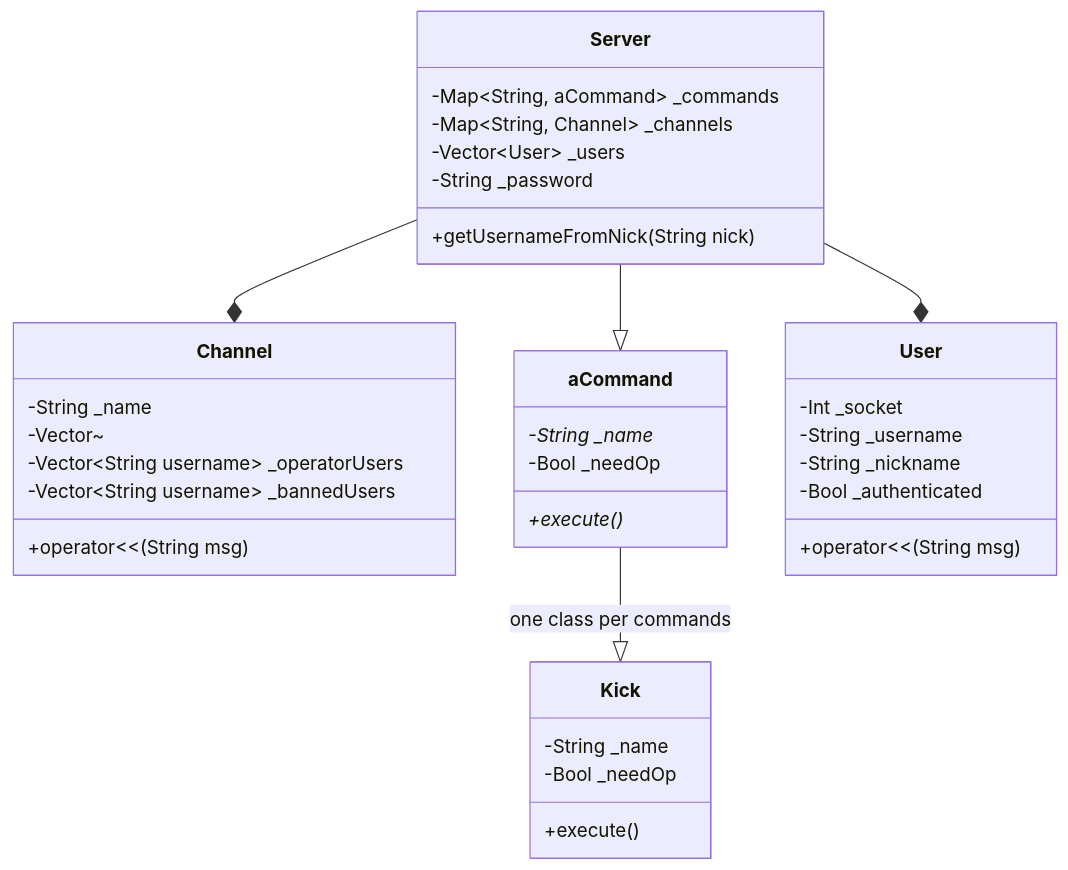
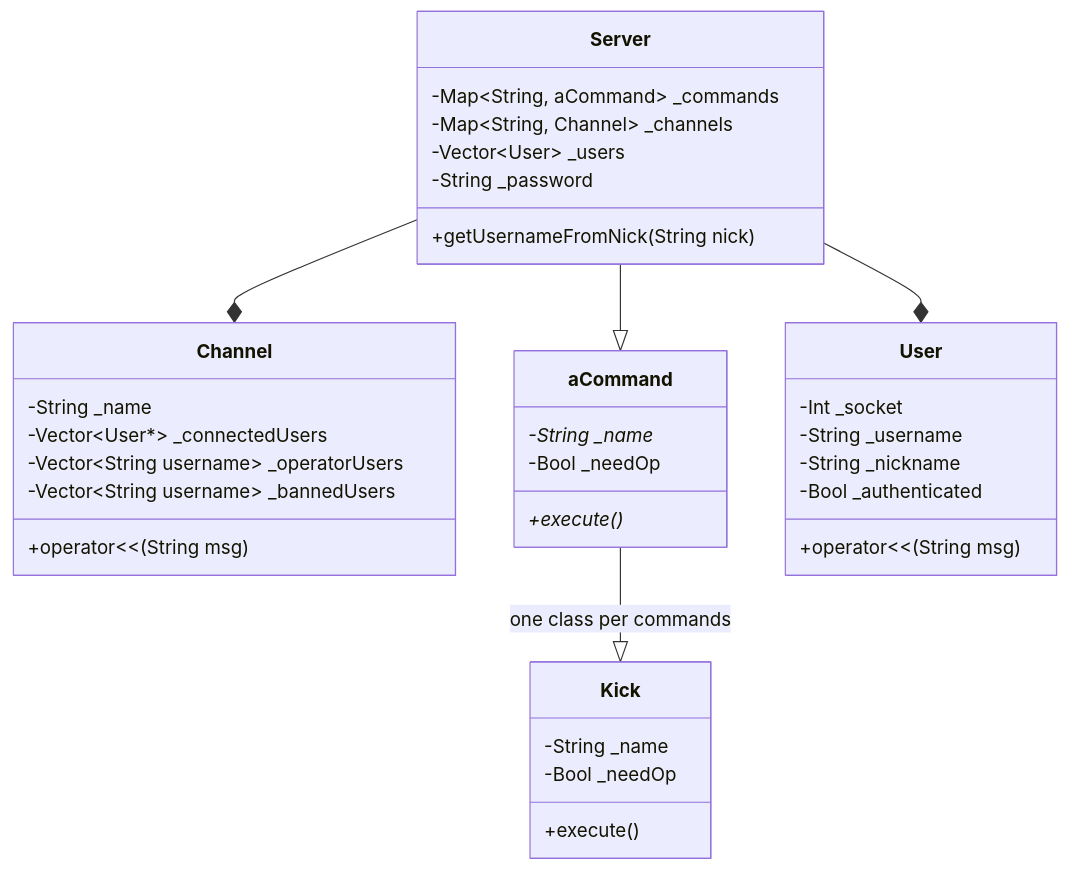
The diagram in README.md (Guillaume1868/ft_irc), drawn with Mermaid before and after one commit.

````diff
--- a/README.md
+++ b/README.md
@@ -3,36 +3,36 @@
 ```mermaid
 classDiagram
     Server --* Channel
     Server --|> aCommand
     Server --* User
     Server : -Map~String, aCommand~ _commands
     Server : -Map~String, Channel~ _channels
     Server : -Vector~User~ _users
     Server : -String _password
     Server : +getUsernameFromNick(String nick)
     class Channel{
         -String _name
-        -Vector~<User*~ _connectedUsers
+        -Vector~User*~ _connectedUsers
         -Vector~String username~ _operatorUsers
         -Vector~String username~ _bannedUsers
         +operator<<(String msg)
     }
     class aCommand{
         -String _name*
         -Bool _needOp
         +execute()*
     }
     aCommand --|> Kick:one class per commands
     class Kick{
         -String _name
         -Bool _needOp
         +execute()
     }
     class User{
         -Int _socket
         -String _username
         -String _nickname
         -Bool _authenticated
         +operator<<(String msg)
     }
 ```
````
